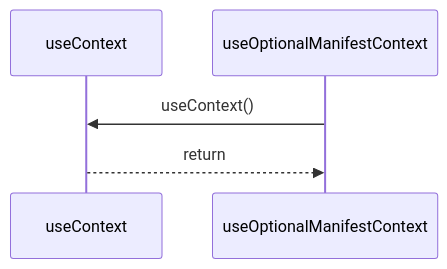
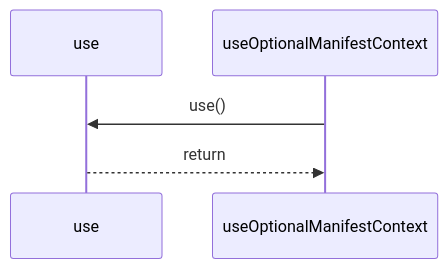
Before and after one commit to ankhorage/runtime: the diagram in paradox/diagrams/sequences/use-optional-manifest-context.mmd, drawn with Mermaid. The commit also changed 41 other files, not shown here.

```diff
--- a/paradox/diagrams/sequences/use-optional-manifest-context.mmd
+++ b/paradox/diagrams/sequences/use-optional-manifest-context.mmd
@@ -1,5 +1,5 @@
 sequenceDiagram
-  participant participant_useContext as useContext
+  participant participant_use as use
   participant participant_useOptionalManifestContext as useOptionalManifestContext
-  participant_useOptionalManifestContext->>participant_useContext: useContext()
-  participant_useContext-->>participant_useOptionalManifestContext: return
+  participant_useOptionalManifestContext->>participant_use: use()
+  participant_use-->>participant_useOptionalManifestContext: return
```
